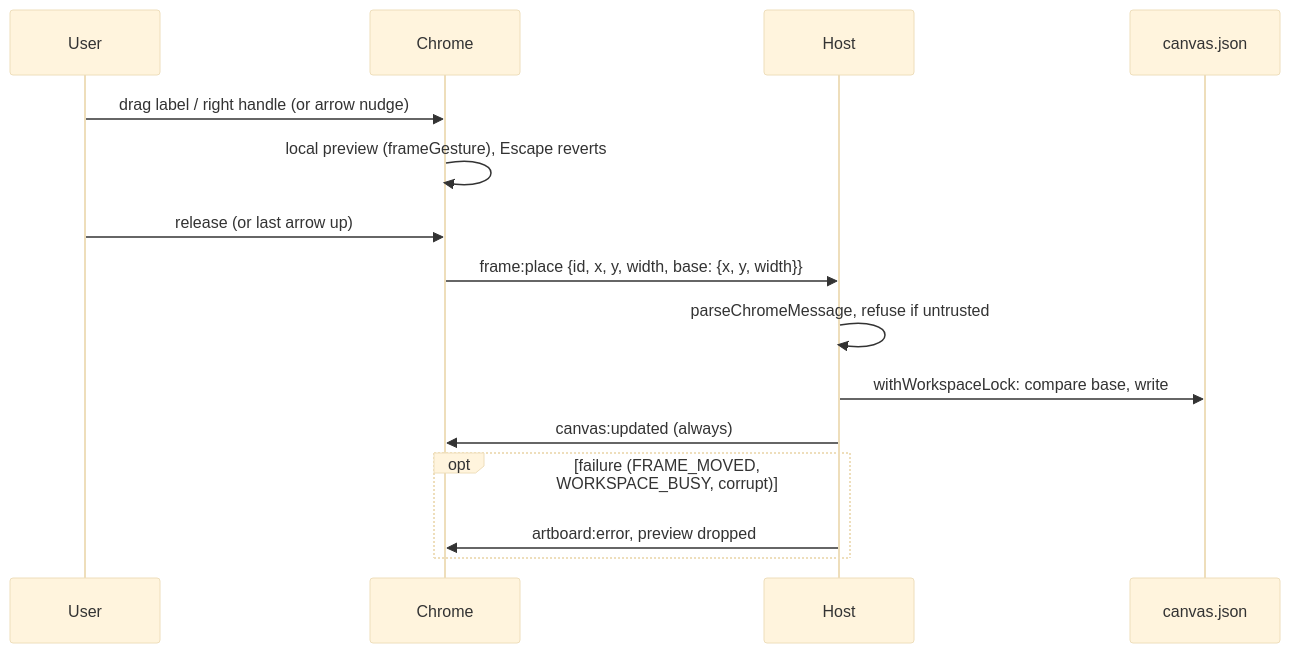
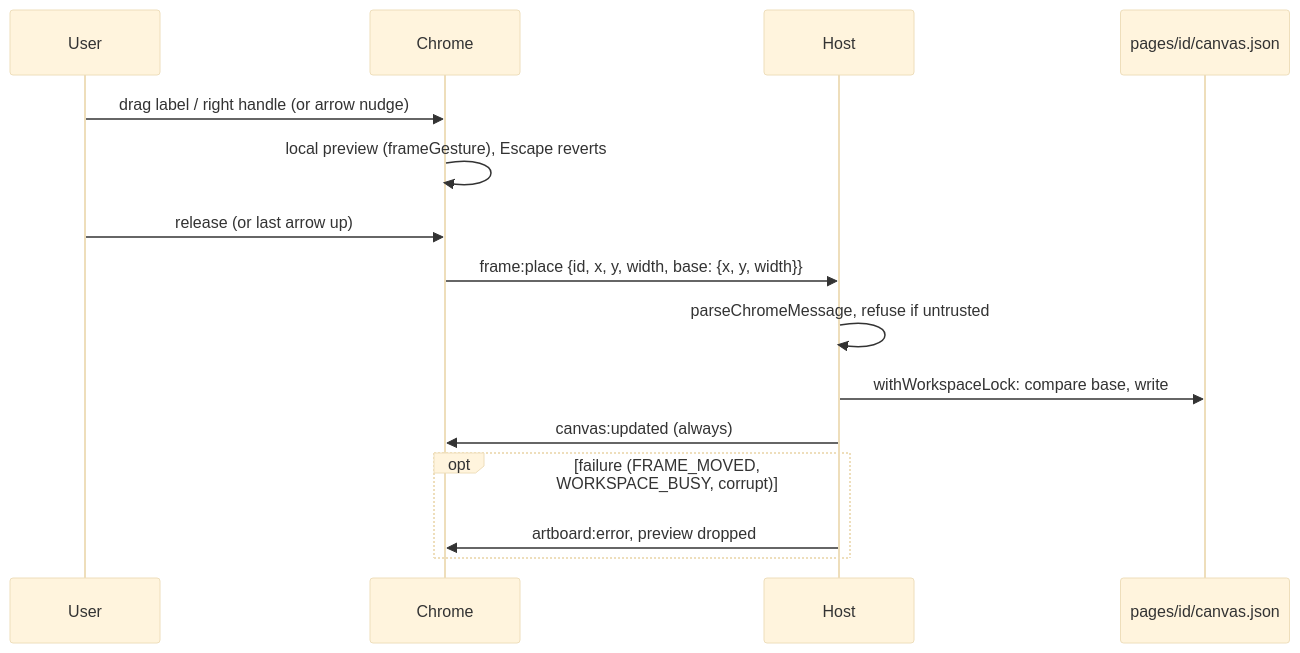
Before and after one commit to MarekBombera/cursor-design-extension: diagram 16 of 16 in blueprint/context/system-map.md, drawn with Mermaid (base theme). The commit also changed other lines of this file and 57 other files, not shown here.

````diff
--- a/blueprint/context/system-map.md
+++ b/blueprint/context/system-map.md
@@ -795,17 +879,17 @@
 ```mermaid
 sequenceDiagram
   participant U as User
   participant C as Chrome
   participant H as Host
-  participant D as canvas.json
+  participant D as pages/id/canvas.json
   U->>C: drag label / right handle (or arrow nudge)
   C->>C: local preview (frameGesture), Escape reverts
   U->>C: release (or last arrow up)
   C->>H: frame:place {id, x, y, width, base: {x, y, width}}
   H->>H: parseChromeMessage, refuse if untrusted
   H->>D: withWorkspaceLock: compare base, write
   H->>C: canvas:updated (always)
   opt failure (FRAME_MOVED, WORKSPACE_BUSY, corrupt)
     H->>C: artboard:error, preview dropped
   end
 ```
````
